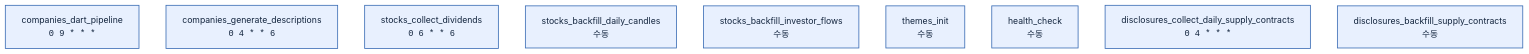
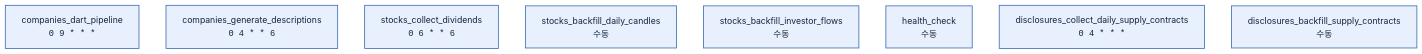
Before and after one commit to swmaestro-3back/finngraph-etl: the diagram in dags/README.md, drawn with Mermaid. The commit also changed other lines of this file and 1 other file, not shown here.

````diff
--- a/dags/README.md
+++ b/dags/README.md
@@ -73,15 +85,14 @@
 ```mermaid
 flowchart TB
     CDP["companies_dart_pipeline<br/><code>0 9 * * *</code>"]
     CGD["companies_generate_descriptions<br/><code>0 4 * * 6</code>"]
     SCD["stocks_collect_dividends<br/><code>0 6 * * 6</code>"]
     SBD["stocks_backfill_daily_candles<br/>수동"]
     SBI["stocks_backfill_investor_flows<br/>수동"]
-    TR["themes_init<br/>수동"]
     HC["health_check<br/>수동"]
     DCD["disclosures_collect_daily_supply_contracts<br/><code>0 4 * * *</code>"]
     DBF["disclosures_backfill_supply_contracts<br/>수동"]
 
     classDef cron fill:#e8f0fe,stroke:#3b6db5,stroke-width:1.5px,color:#12243d
-    class CDP,CGD,SCD,SBD,SBI,TR,HC,DCD,DBF cron
+    class CDP,CGD,SCD,SBD,SBI,HC,DCD,DBF cron
 ```
````
